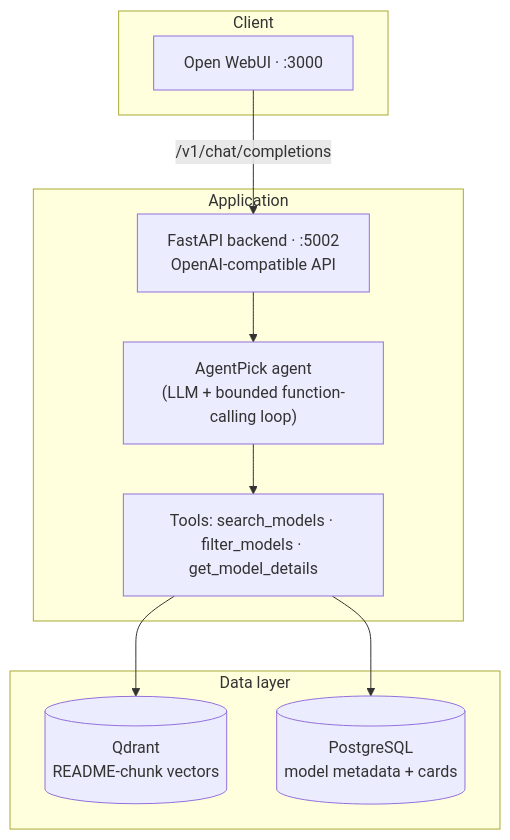
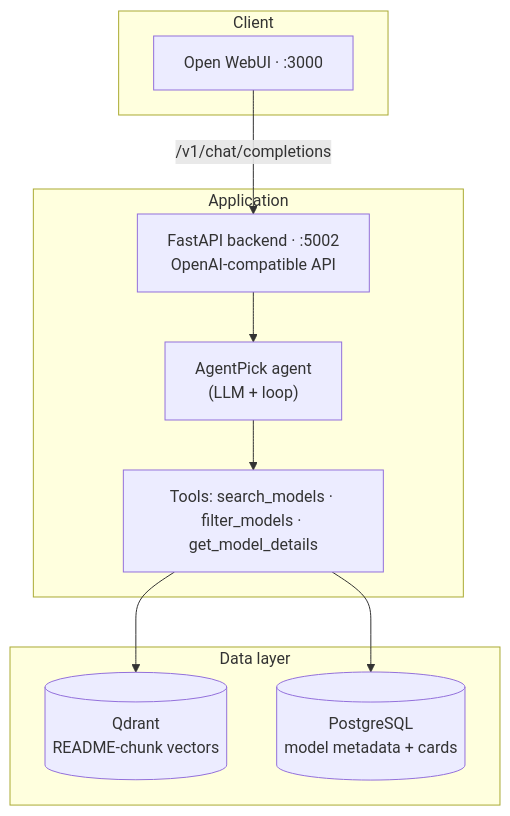
The diagram in README.md (MatjazM2020/agentpick), drawn with Mermaid before and after one commit.

````diff
--- a/README.md
+++ b/README.md
@@ -46,23 +46,23 @@
 ```mermaid
 flowchart TB
   subgraph client [Client]
     UI["Open WebUI · :3000"]
   end
 
   subgraph app [Application]
     API["FastAPI backend · :5002<br/>OpenAI-compatible API"]
-    AGENT["AgentPick agent<br/>(LLM + bounded function-calling loop)"]
+    AGENT["AgentPick agent<br/>(LLM + loop)"]
     TOOLS["Tools: search_models · filter_models · get_model_details"]
   end
 
   subgraph data [Data layer]
     QD[("Qdrant<br/>README-chunk vectors")]
     PG[("PostgreSQL<br/>model metadata + cards")]
   end
 
   UI -->|"/v1/chat/completions"| API
   API --> AGENT
   AGENT --> TOOLS
   TOOLS --> QD
   TOOLS --> PG
 ```
````
